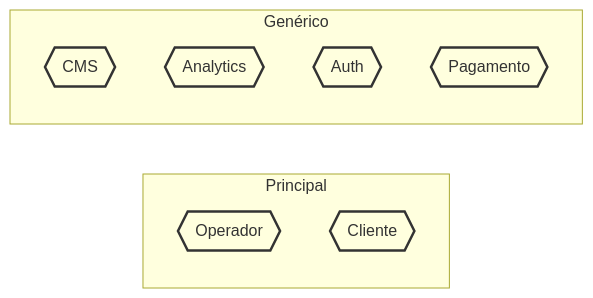
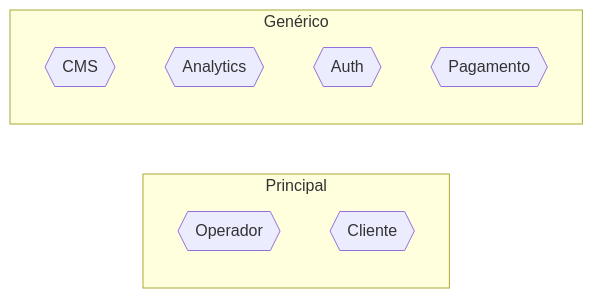
Before and after one commit to FormigTeen/spec-arch: the eighth of 9 diagrams in README.md, drawn with Mermaid. The commit also changed other lines of this file and 1 other file, not shown here.

````diff
--- a/README.md
+++ b/README.md
@@ -287,15 +263,13 @@
 ```mermaid
 flowchart LR
-  classDef comp fill:transparent,stroke:#333,stroke-width:2.5px,color:#333
-
-  subgraph PRINCIPAL["Principal"]
-    OP{{Operador}}:::comp
-    CLI{{Cliente}}:::comp
+  subgraph PRINCIPAL[Principal]
+    OP{{Operador}}
+    CLI{{Cliente}}
   end
-  subgraph GENERICO["Genérico"]
-    CMS{{CMS}}:::comp
-    AN{{Analytics}}:::comp
-    AU{{Auth}}:::comp
-    PAY{{Pagamento}}:::comp
+  subgraph GENERICO[Genérico]
+    CMS{{CMS}}
+    AN{{Analytics}}
+    AU{{Auth}}
+    PAY{{Pagamento}}
   end
 ```
````
